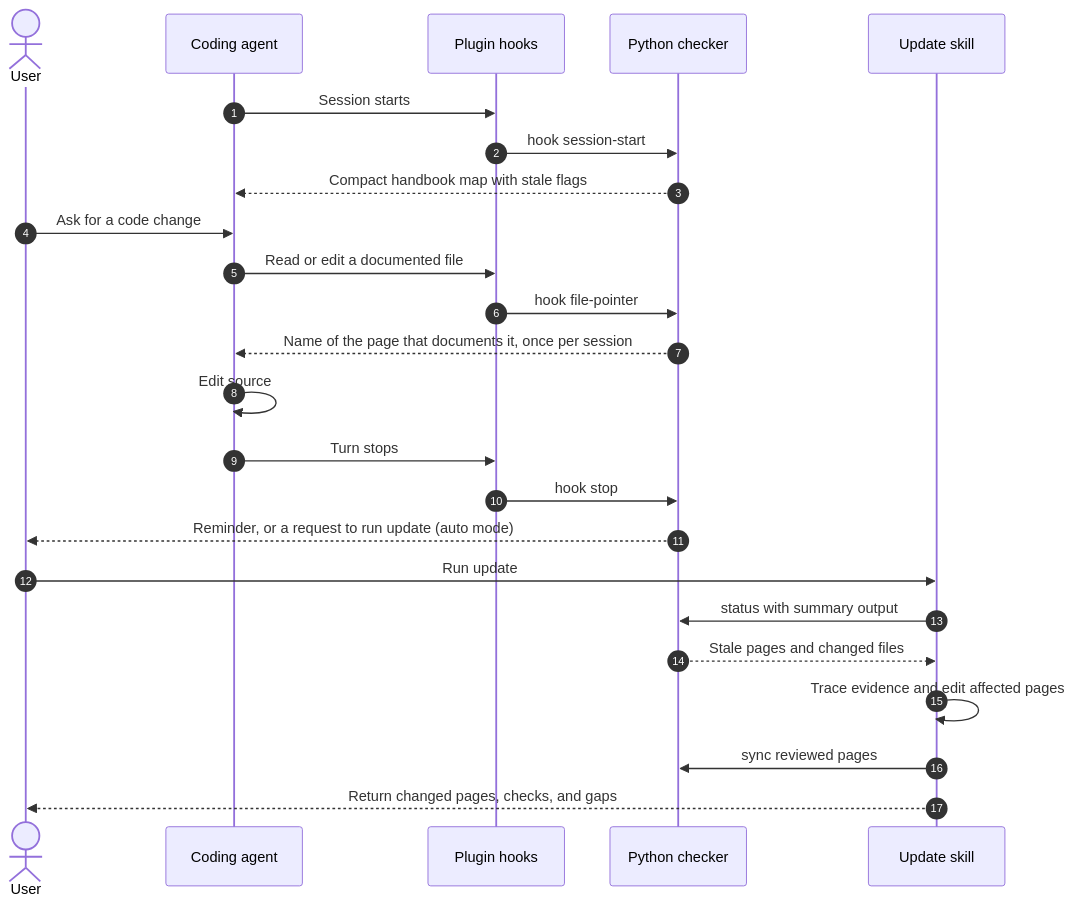
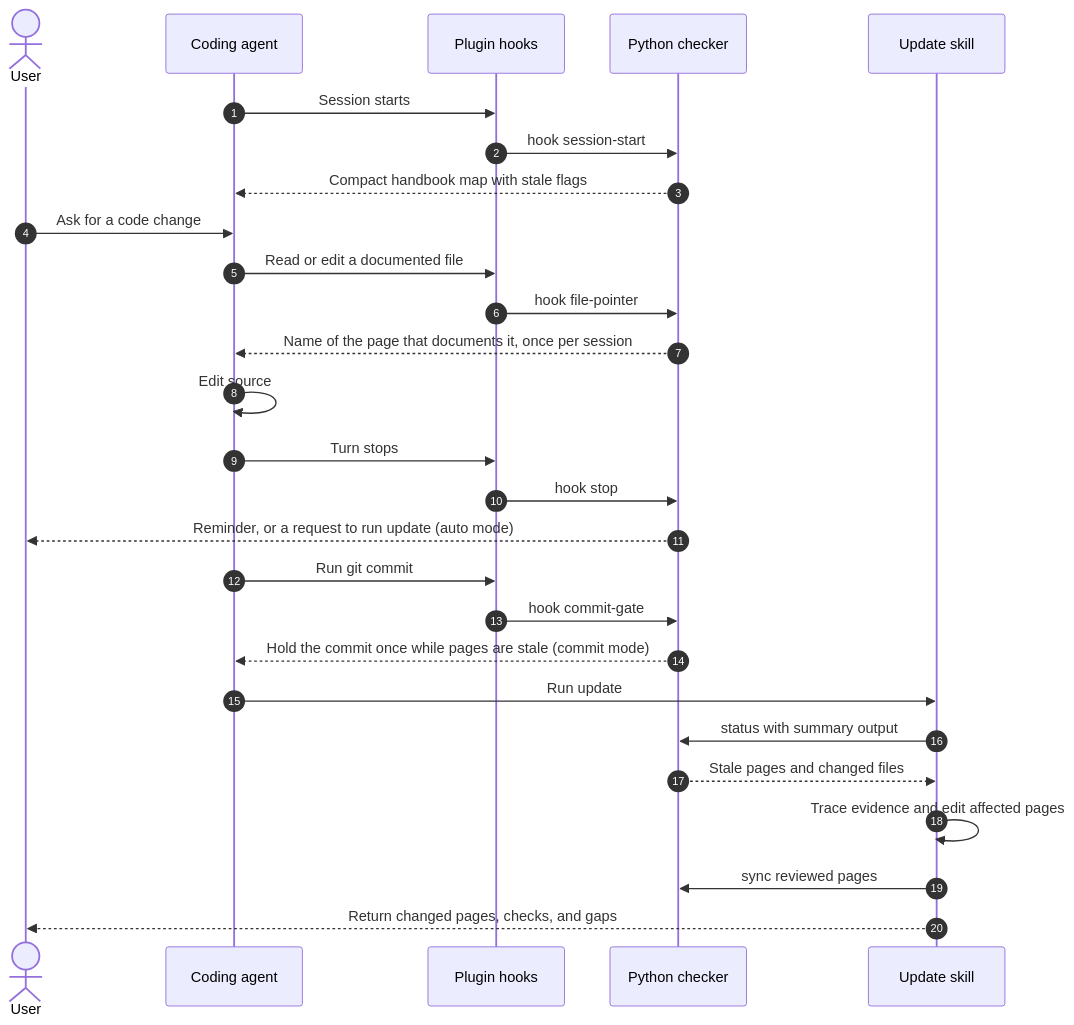
Before and after one commit to tushar-mahalya/archlens: the diagram in docs/architecture/runtime.md, drawn with Mermaid. The commit also changed other lines of this file and 6 other files, not shown here.

Commit message:
docs: update this project's handbook for adoption and the commit gate

````diff
--- a/docs/architecture/runtime.md
+++ b/docs/architecture/runtime.md
@@ -7,26 +7,29 @@
 ```mermaid
 sequenceDiagram
     autonumber
     actor User
     participant Host as Coding agent
     participant Hook as Plugin hooks
     participant CLI as Python checker
     participant Task as Update skill
     Host->>Hook: Session starts
     Hook->>CLI: hook session-start
     CLI-->>Host: Compact handbook map with stale flags
     User->>Host: Ask for a code change
     Host->>Hook: Read or edit a documented file
     Hook->>CLI: hook file-pointer
     CLI-->>Host: Name of the page that documents it, once per session
     Host->>Host: Edit source
     Host->>Hook: Turn stops
     Hook->>CLI: hook stop
     CLI-->>User: Reminder, or a request to run update (auto mode)
-    User->>Task: Run update
+    Host->>Hook: Run git commit
+    Hook->>CLI: hook commit-gate
+    CLI-->>Host: Hold the commit once while pages are stale (commit mode)
+    Host->>Task: Run update
     Task->>CLI: status with summary output
     CLI-->>Task: Stale pages and changed files
     Task->>Task: Trace evidence and edit affected pages
     Task->>CLI: sync reviewed pages
     Task-->>User: Return changed pages, checks, and gaps
 ```
````
